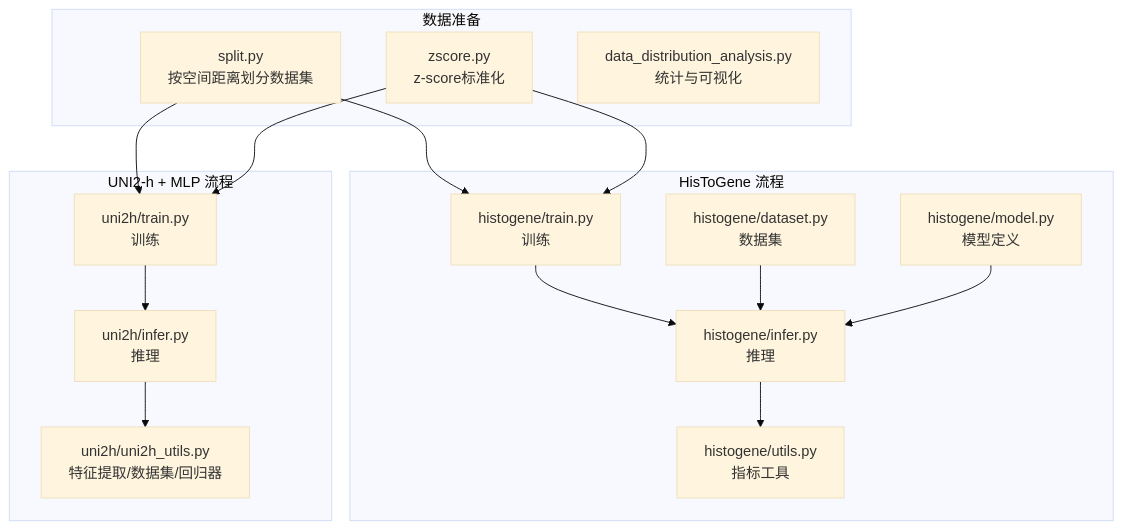
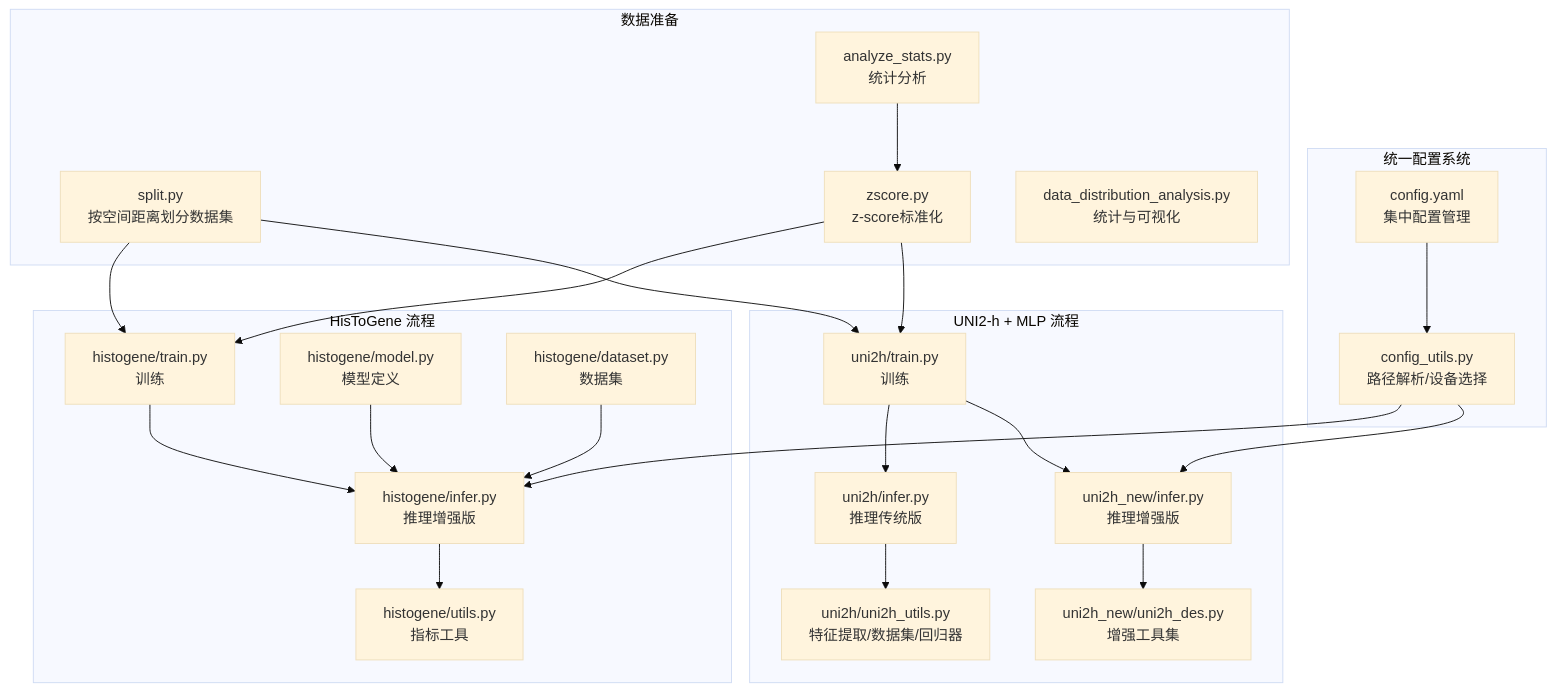
One commit to qzs610038-star/AI-esophagus-cancer-basedon-HF-HT changed the first of 5 diagrams in .qoder/repowiki/zh/content/推理评估系统/推理评估系统.md. Above: the diagram before and after it, drawn with Mermaid (base theme). The commit also changed other lines of this file and 14 other files, not shown here.

````diff
--- a/.qoder/repowiki/zh/content/推理评估系统/推理评估系统.md
+++ b/.qoder/repowiki/zh/content/推理评估系统/推理评估系统.md
@@ -50,30 +76,43 @@
 ```mermaid
 graph TB
+subgraph "统一配置系统"
+CONFIG["config.yaml<br/>集中配置管理"]
+UTILS["config_utils.py<br/>路径解析/设备选择"]
+end
 subgraph "数据准备"
 SPLIT["split.py<br/>按空间距离划分数据集"]
 ZSCORE["zscore.py<br/>z-score标准化"]
+ANALYZE["analyze_stats.py<br/>统计分析"]
 STATS["data_distribution_analysis.py<br/>统计与可视化"]
 end
 subgraph "HisToGene 流程"
 HTG_TRAIN["histogene/train.py<br/>训练"]
-HTG_INFER["histogene/infer.py<br/>推理"]
+HTG_INFER["histogene/infer.py<br/>推理增强版"]
 HTG_MODEL["histogene/model.py<br/>模型定义"]
 HTG_DATA["histogene/dataset.py<br/>数据集"]
 HTG_UTIL["histogene/utils.py<br/>指标工具"]
 end
 subgraph "UNI2-h + MLP 流程"
 U2H_TRAIN["uni2h/train.py<br/>训练"]
-U2H_INFER["uni2h/infer.py<br/>推理"]
+U2H_INFER["uni2h/infer.py<br/>推理传统版"]
+U2H_NEW_INFER["uni2h_new/infer.py<br/>推理增强版"]
 U2H_UTILS["uni2h/uni2h_utils.py<br/>特征提取/数据集/回归器"]
+U2H_DES["uni2h_new/uni2h_des.py<br/>增强工具集"]
 end
+CONFIG --> UTILS
+UTILS --> HTG_INFER
+UTILS --> U2H_NEW_INFER
 SPLIT --> HTG_TRAIN
 SPLIT --> U2H_TRAIN
 ZSCORE --> HTG_TRAIN
 ZSCORE --> U2H_TRAIN
+ANALYZE --> ZSCORE
 HTG_TRAIN --> HTG_INFER
 U2H_TRAIN --> U2H_INFER
+U2H_TRAIN --> U2H_NEW_INFER
 HTG_INFER --> HTG_UTIL
 HTG_DATA --> HTG_INFER
 HTG_MODEL --> HTG_INFER
 U2H_INFER --> U2H_UTILS
+U2H_NEW_INFER --> U2H_DES
 ```
````
